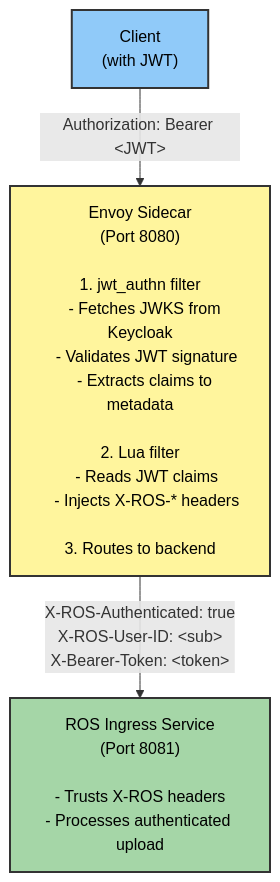
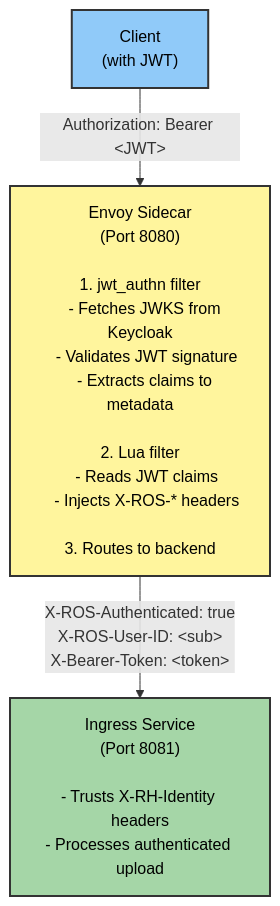
The diagram in docs/native-jwt-authentication.md (jordigilh/ros-helm-chart), drawn with Mermaid before and after one commit. The commit also changed other lines of this file and 43 other files, not shown here.

````diff
--- a/docs/native-jwt-authentication.md
+++ b/docs/native-jwt-authentication.md
@@ -11,13 +11,13 @@
 ```mermaid
 graph TB
     Client["Client<br/>(with JWT)"]
     Envoy["Envoy Sidecar<br/>(Port 8080)<br/><br/>1. jwt_authn filter<br/>   - Fetches JWKS from Keycloak<br/>   - Validates JWT signature<br/>   - Extracts claims to metadata<br/><br/>2. Lua filter<br/>   - Reads JWT claims<br/>   - Injects X-ROS-* headers<br/><br/>3. Routes to backend"]
-    Ingress["ROS Ingress Service<br/>(Port 8081)<br/><br/>- Trusts X-ROS headers<br/>- Processes authenticated upload"]
+    Ingress["Ingress Service<br/>(Port 8081)<br/><br/>- Trusts X-RH-Identity headers<br/>- Processes authenticated upload"]
 
     Client -->|"Authorization: Bearer &lt;JWT&gt;"| Envoy
     Envoy -->|"X-ROS-Authenticated: true<br/>X-ROS-User-ID: &lt;sub&gt;<br/>X-Bearer-Token: &lt;token&gt;"| Ingress
 
     style Client fill:#90caf9,stroke:#333,stroke-width:2px,color:#000
     style Envoy fill:#fff59d,stroke:#333,stroke-width:2px,color:#000
     style Ingress fill:#a5d6a7,stroke:#333,stroke-width:2px,color:#000
 ```
````
